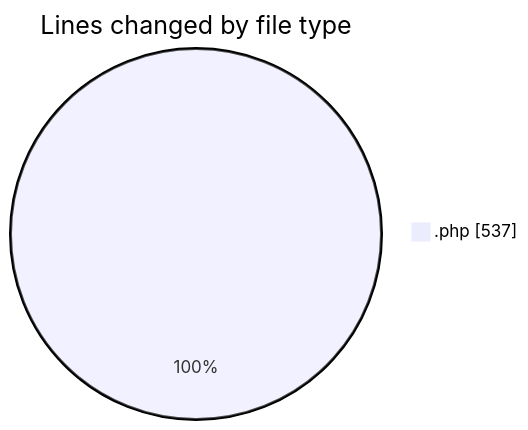
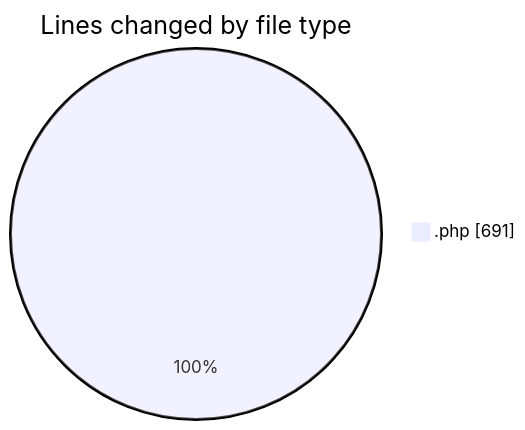
The first of 2 diagrams in 2026-09-09/web/README.md (LanceThiago/code-tracking), drawn with Mermaid before and after one commit. The commit also changed other lines of this file and 1 other file, not shown here.

````diff
--- a/2026-09-09/web/README.md
+++ b/2026-09-09/web/README.md
@@ -23,5 +24,5 @@
 ```mermaid
 pie showData
 title Lines changed by file type
-".php" : 537
+".php" : 691
 ```
````
